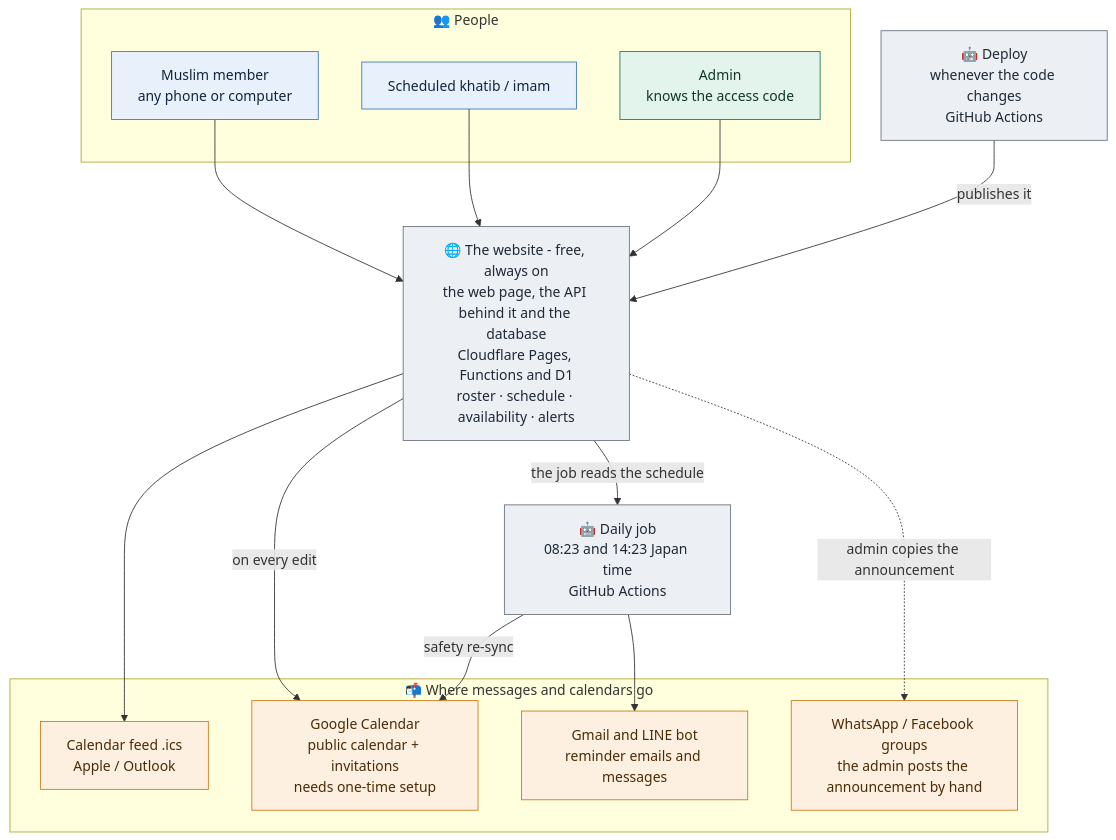
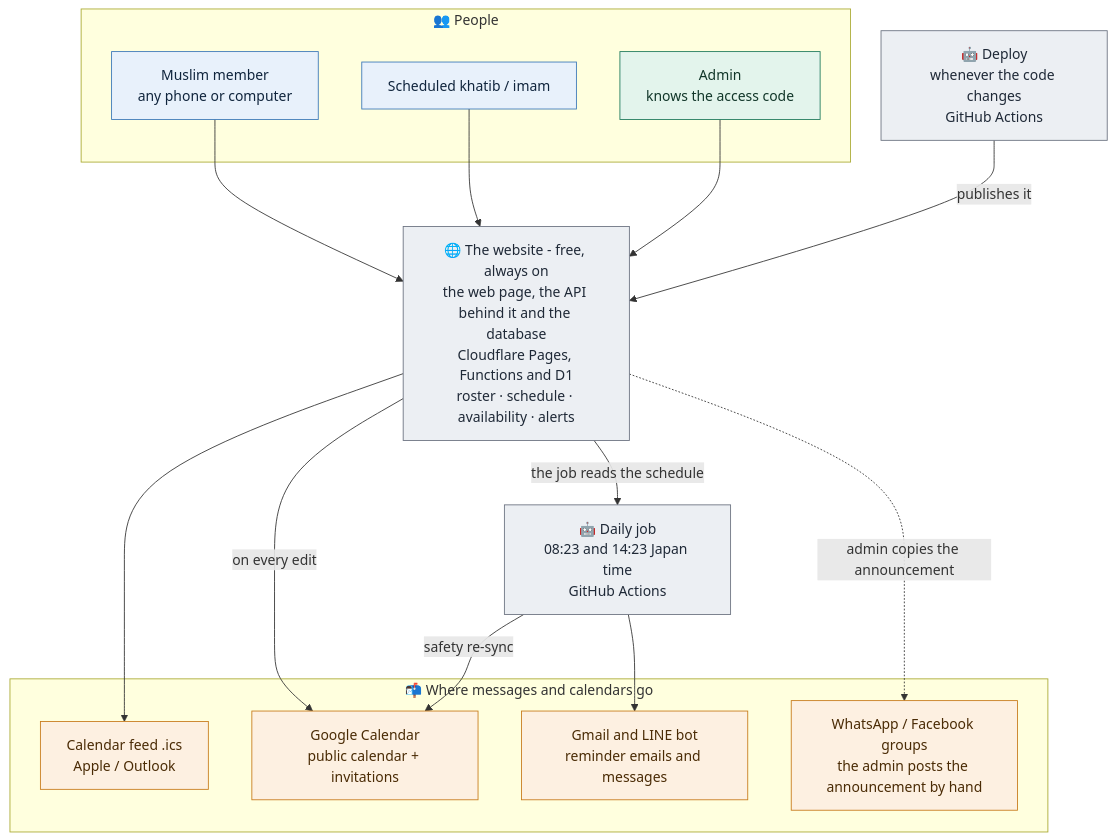
One commit to mushaffarasyidridha/Jumat-Scheduler-NAIST changed the first of 12 diagrams in docs/GUIDE.md. Above: the diagram before and after it, drawn with Mermaid. The commit also changed other lines of this file and 2 other files, not shown here.

First line of the commit message:
Guide: Google Calendar is connected and checked

````diff
--- a/docs/GUIDE.md
+++ b/docs/GUIDE.md
@@ -21,39 +21,39 @@
 ```mermaid
 flowchart TD
   subgraph people["👥 People"]
     M["Muslim member<br/>any phone or computer"]
     S["Scheduled khatib / imam"]
     A["Admin<br/>knows the access code"]
   end
 
   DEP["🤖 Deploy<br/>whenever the code changes<br/>GitHub Actions"]
   SITE["🌐 The website - free, always on<br/>the web page, the API behind it and the database<br/>Cloudflare Pages, Functions and D1<br/>roster · schedule · availability · alerts"]
   JOB["🤖 Daily job<br/>08:23 and 14:23 Japan time<br/>GitHub Actions"]
 
   subgraph out["📬 Where messages and calendars go"]
     ICS["Calendar feed .ics<br/>Apple / Outlook"]
-    GC["Google Calendar<br/>public calendar + invitations<br/>needs one-time setup"]
+    GC["Google Calendar<br/>public calendar + invitations"]
     MSG["Gmail and LINE bot<br/>reminder emails and messages"]
     WA["WhatsApp / Facebook groups<br/>the admin posts the announcement by hand"]
   end
 
   M --> SITE
   S --> SITE
   A --> SITE
   DEP -->|"publishes it"| SITE
   SITE -->|"the job reads the schedule"| JOB
   SITE --> ICS
   SITE -->|"on every edit"| GC
   SITE -.->|"admin copies the announcement"| WA
   JOB --> MSG
   JOB -->|"safety re-sync"| GC
 
   classDef member fill:#e8f1fb,stroke:#3b78b8,color:#10253d
   classDef admin fill:#e3f4ec,stroke:#1f7a5c,color:#12372a
   classDef robot fill:#eceff3,stroke:#6b7280,color:#1f2937
   classDef out fill:#fdf0e1,stroke:#c77b1c,color:#4a2b05
   class M,S member
   class A admin
   class SITE,DEP,JOB robot
   class MSG,GC,ICS,WA out
 ```
````
